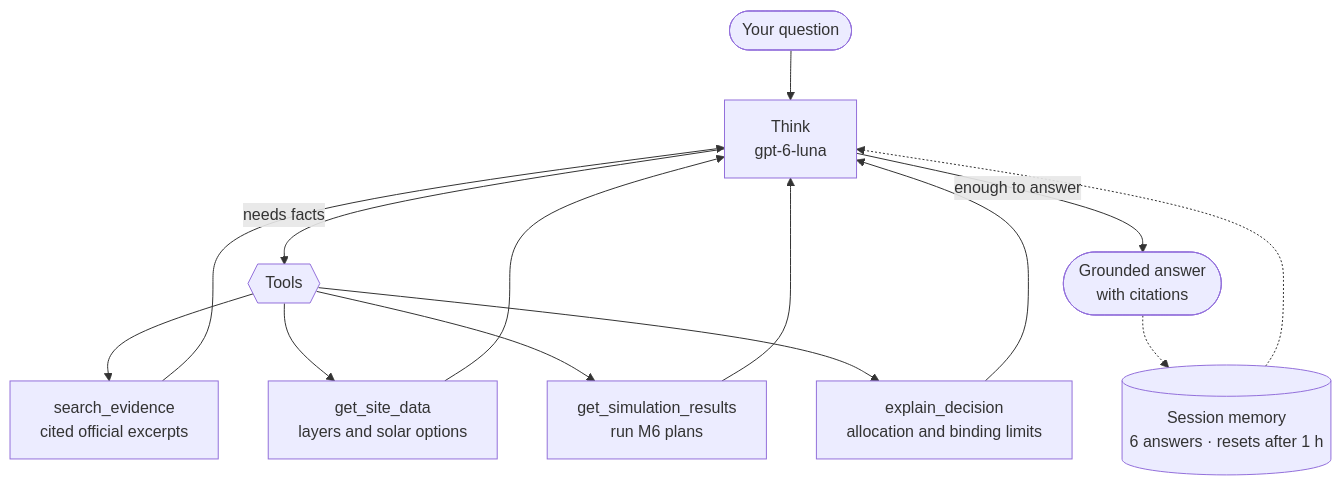
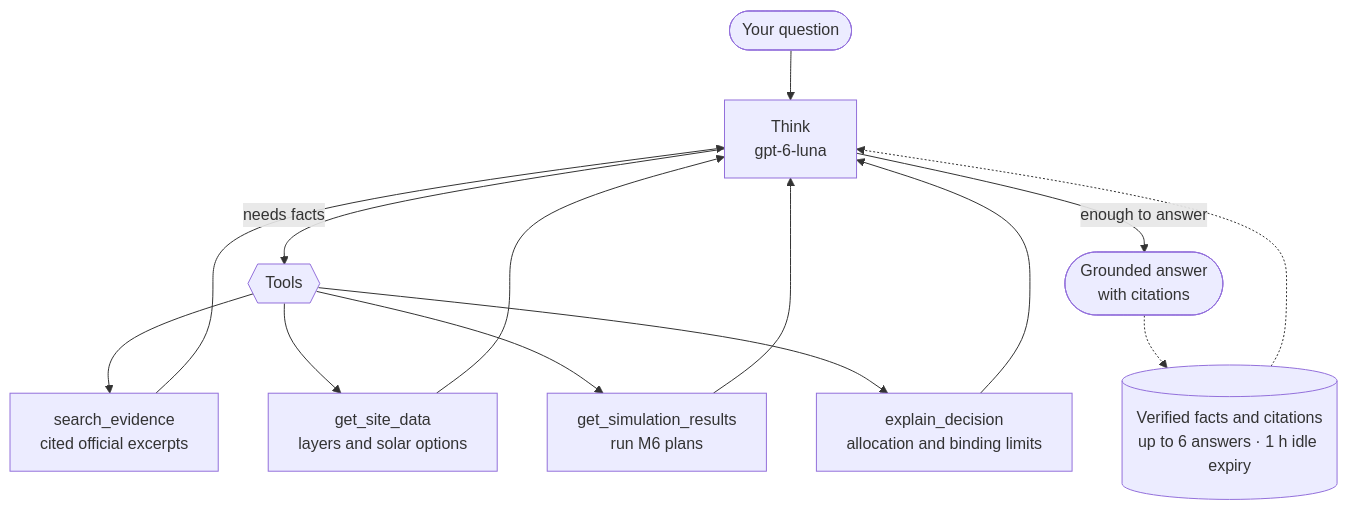
The third of 4 diagrams in README.md (omarfh111/MIZUHO), drawn with Mermaid before and after one commit. The commit also changed other lines of this file, not shown here.

Commit message:
Align the four README diagrams with the connected app

````diff
--- a/README.md
+++ b/README.md
@@ -108,13 +119,18 @@
 ```mermaid
 flowchart TD
+  accTitle: M8 evidence assistant tool loop
+  accDescr: LangGraph decides whether to call evidence or planning tools and returns grounded answers with verified citations.
   q(["Your question"]) --> think["Think<br/>gpt-6-luna"]
   think -->|"needs facts"| tools{{"Tools"}}
   tools --> t1["search_evidence<br/>cited official excerpts"]
   tools --> t2["get_site_data<br/>layers and solar options"]
   tools --> t3["get_simulation_results<br/>run M6 plans"]
   tools --> t4["explain_decision<br/>allocation and binding limits"]
-  t1 & t2 & t3 & t4 --> think
+  t1 --> think
+  t2 --> think
+  t3 --> think
+  t4 --> think
   think -->|"enough to answer"| a(["Grounded answer<br/>with citations"])
-  a -.-> mem[("Session memory<br/>6 answers · resets after 1 h")]
+  a -.-> mem[("Verified facts and citations<br/>up to 6 answers · 1 h idle expiry")]
   mem -.-> think
 ```
````
